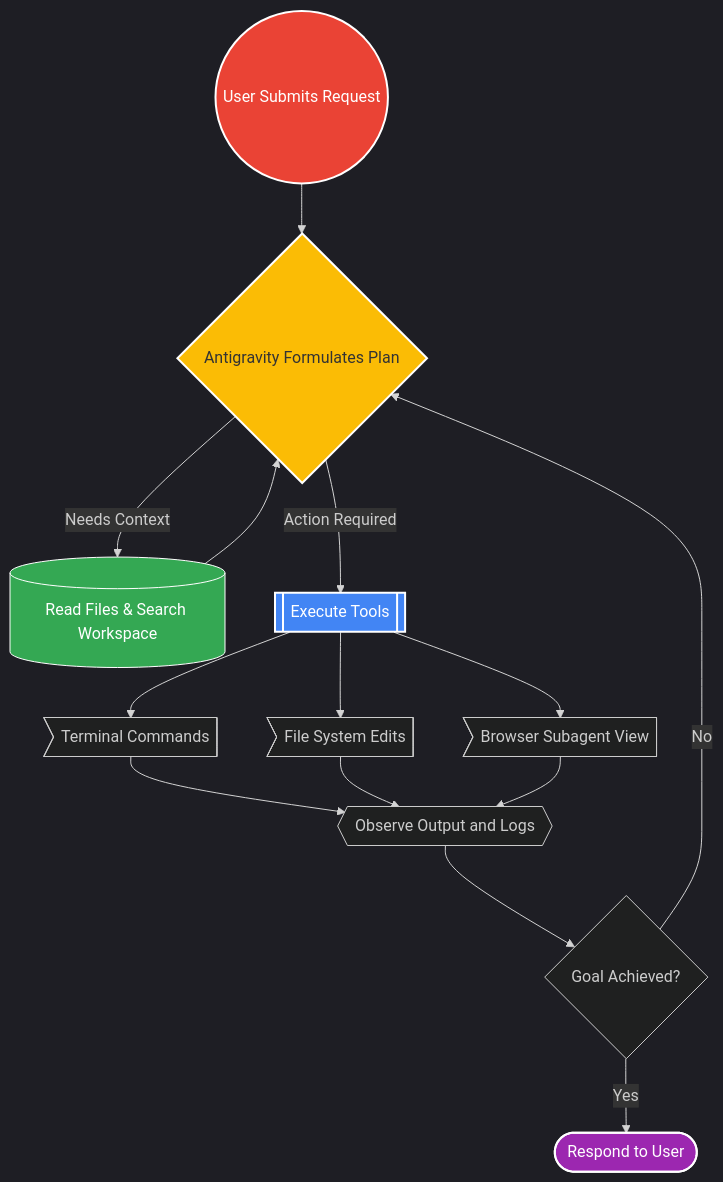
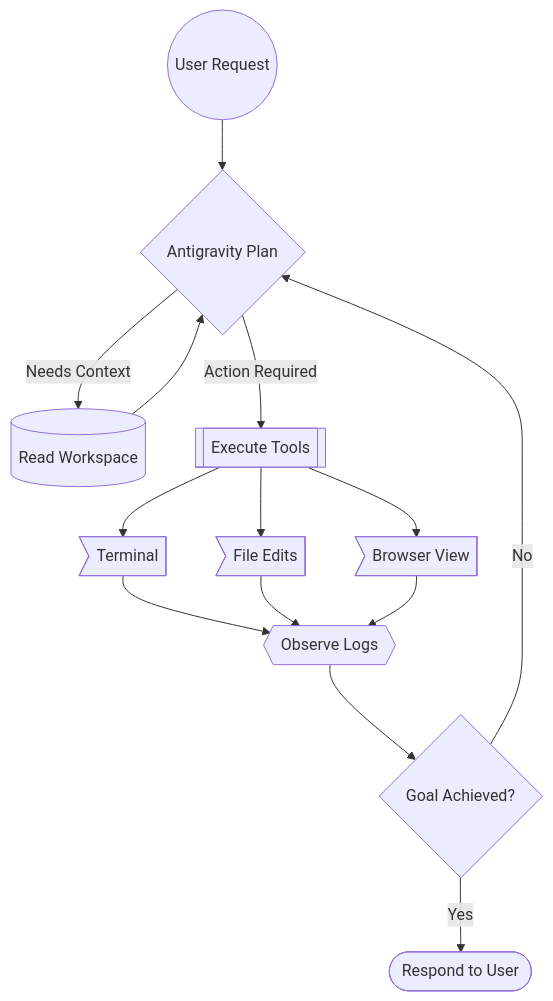
Before and after one commit to sinansoyalic-ai/Antigravity: the first of 4 diagrams in Antigravity101.md, drawn with Mermaid. The commit also changed other lines of this file, not shown here.

````diff
--- a/Antigravity101.md
+++ b/Antigravity101.md
@@ -17,28 +17,21 @@
 ```mermaid
-%%{init: {'theme': 'dark', 'themeVariables': { 'primaryColor': '#4285F4', 'edgeLabelBackground': '#333333', 'primaryTextColor': '#FFFFFF' }}}%%
 graph TD
-    classDef userReq fill:#EA4335,stroke:#fff,stroke-width:2px,color:#fff,rx:10px,ry:10px;
-    classDef agentPlan fill:#FBBC05,stroke:#fff,stroke-width:2px,color:#333,rx:10px,ry:10px;
-    classDef context fill:#34A853,stroke:#fff,stroke-width:1px,color:#fff;
-    classDef tool fill:#4285F4,stroke:#fff,stroke-width:2px,color:#fff;
-    classDef endRes fill:#9C27B0,stroke:#fff,stroke-width:2px,color:#fff,rx:20px,ry:20px;
-
-    UserReq((User Submits Request)):::userReq --> Plan{Antigravity Formulates Plan}:::agentPlan
+    UserReq((User Request)) --> Plan{Antigravity Plan}
     
-    Plan -->|Needs Context| ContextTools[(Read Files & Search Workspace)]:::context
+    Plan -->|Needs Context| ContextTools[(Read Workspace)]
     ContextTools --> Plan
     
-    Plan -->|Action Required| ExecTools[[Execute Tools]]:::tool
+    Plan -->|Action Required| ExecTools[[Execute Tools]]
     
-    ExecTools --> TermCmds>Terminal Commands]
-    ExecTools --> FileEdits>File System Edits]
-    ExecTools --> Browser>Browser Subagent View]
+    ExecTools --> TermCmds>Terminal]
+    ExecTools --> FileEdits>File Edits]
+    ExecTools --> Browser>Browser View]
     
-    TermCmds --> ObsLogs{{Observe Output and Logs}}
+    TermCmds --> ObsLogs{{Observe Logs}}
     FileEdits --> ObsLogs
     Browser --> ObsLogs
     
     ObsLogs --> GoalCheck{"Goal Achieved?"}
     GoalCheck -->|No| Plan
-    GoalCheck -->|Yes| EndRes([Respond to User]):::endRes
+    GoalCheck -->|Yes| EndRes([Respond to User])
 ```
````
